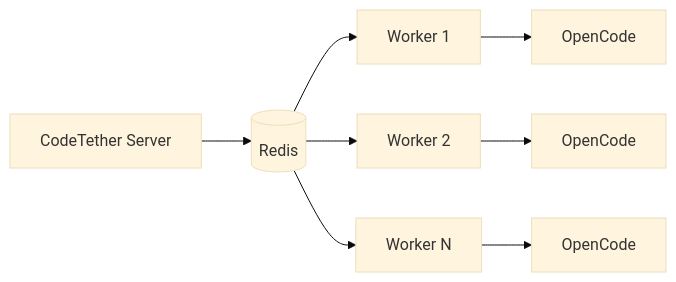
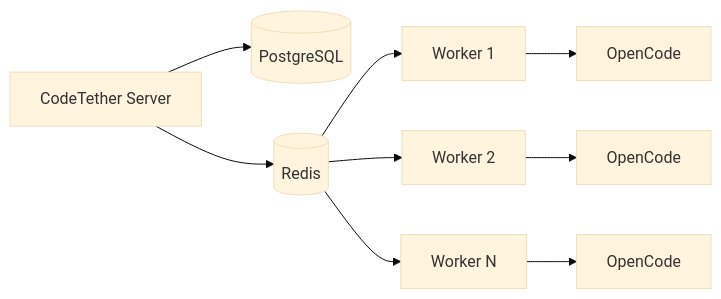
The diagram in codetether-docs/features/distributed-workers.md (rileyseaburg/A2A-Server-MCP), drawn with Mermaid (base theme) before and after one commit. The commit also changed other lines of this file and 32 other files, not shown here.

````diff
--- a/codetether-docs/features/distributed-workers.md
+++ b/codetether-docs/features/distributed-workers.md
@@ -85,11 +85,12 @@
 ```mermaid
 graph LR
-    S[CodeTether Server] --> R[(Redis)]
+    S[CodeTether Server] --> PG[(PostgreSQL)]
+    S --> R[(Redis)]
     R --> W1[Worker 1]
     R --> W2[Worker 2]
     R --> W3[Worker N]
 
     W1 --> OC1[OpenCode]
     W2 --> OC2[OpenCode]
     W3 --> OC3[OpenCode]
 ```
````
